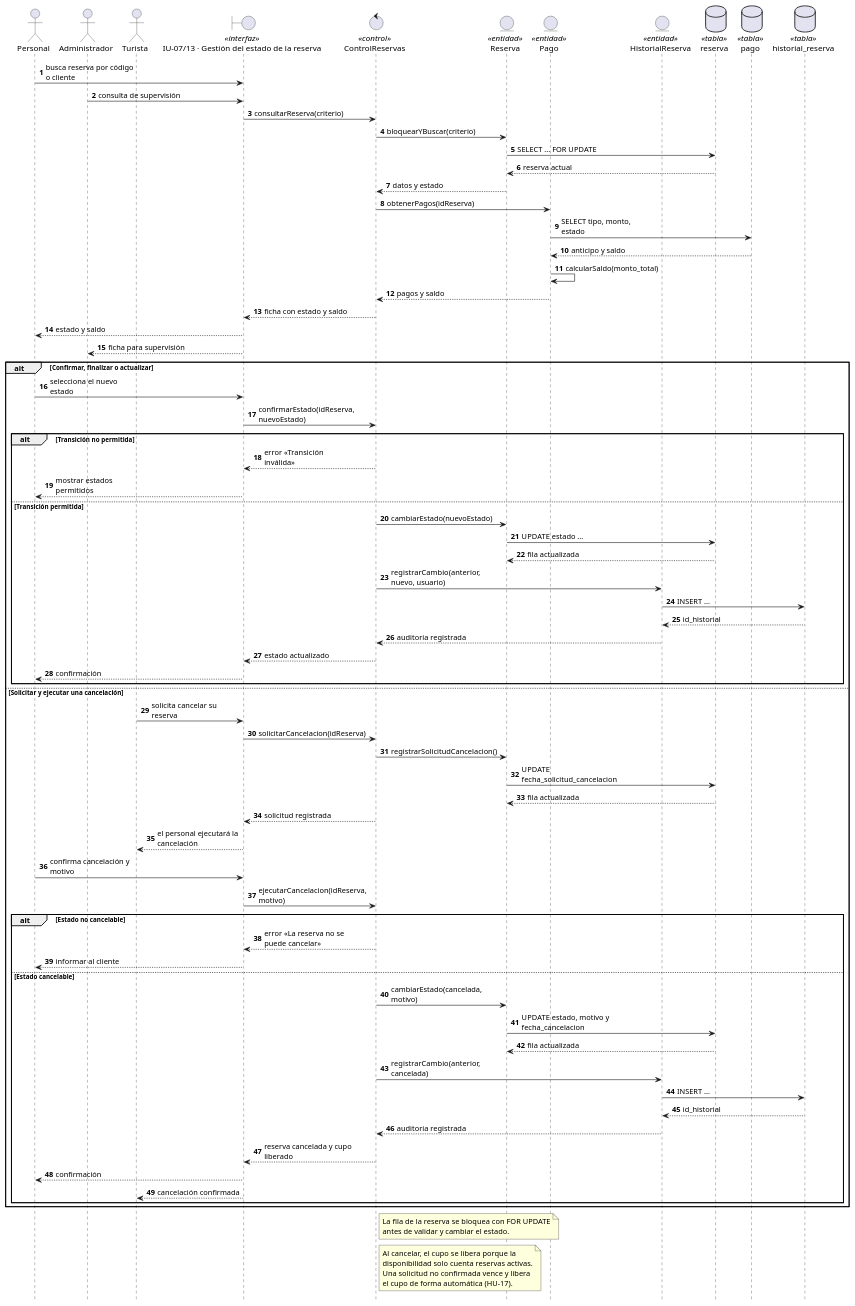
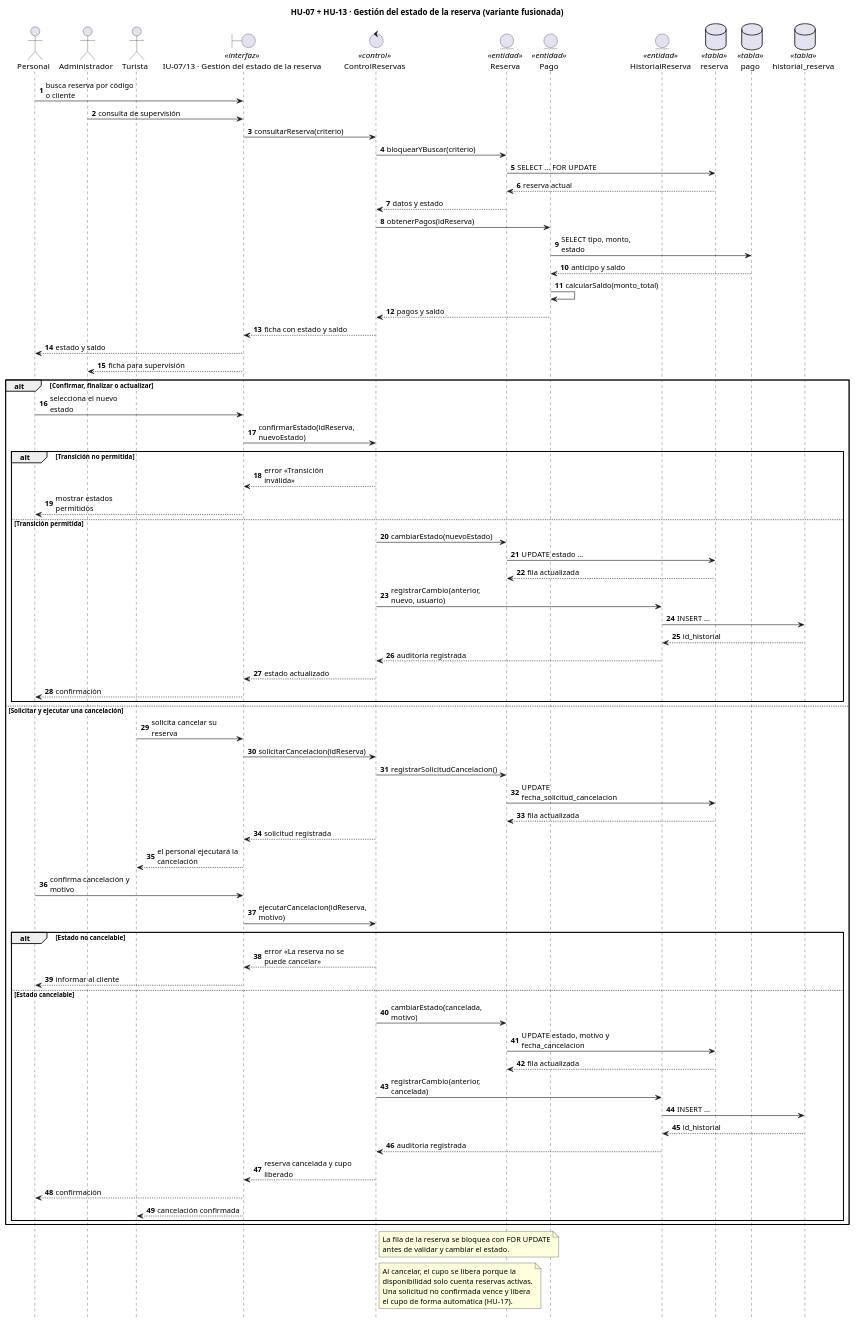
Before and after one commit to fervflow/sis-inf3-proyecto-formativo: the diagram in sistema/diagramas/uml/secuencia-fusionados/hu-07-13-gestion-estado-reserva.puml, drawn with PlantUML. The commit also changed 24 other files, not shown here.

Commit message:
feat: titulo de HU en diagramas de secuencia

```diff
--- a/sistema/diagramas/uml/secuencia-fusionados/hu-07-13-gestion-estado-reserva.puml
+++ b/sistema/diagramas/uml/secuencia-fusionados/hu-07-13-gestion-estado-reserva.puml
@@ -1,96 +1,96 @@
 @startuml
-' HU-07 + HU-13 · Gestión del estado de la reserva (variante fusionada)
+title HU-07 + HU-13 · Gestión del estado de la reserva (variante fusionada)
 ' El cliente solicita la cancelación y el personal la ejecuta. La
 ' confirmación y el vencimiento de las solicitudes también se gestionan
 ' desde aquí (HU-17).
 hide footbox
 autonumber
 skinparam maxMessageSize 160
 
 actor "Personal" as PER
 actor "Administrador" as ADM
 actor "Turista" as TUR
 boundary "IU-07/13 · Gestión del estado de la reserva" as UI <<interfaz>>
 control "ControlReservas" as CTRL <<control>>
 entity "Reserva" as E_RESERVA <<entidad>>
 entity "Pago" as E_PAGO <<entidad>>
 entity "HistorialReserva" as E_HISTORIAL <<entidad>>
 database "reserva" as T_RESERVA <<tabla>>
 database "pago" as T_PAGO <<tabla>>
 database "historial_reserva" as T_HISTORIAL <<tabla>>
 
 PER -> UI : busca reserva por código o cliente
 ADM -> UI : consulta de supervisión
 UI -> CTRL : consultarReserva(criterio)
 CTRL -> E_RESERVA : bloquearYBuscar(criterio)
 E_RESERVA -> T_RESERVA : SELECT ... FOR UPDATE
 T_RESERVA --> E_RESERVA : reserva actual
 E_RESERVA --> CTRL : datos y estado
 
 CTRL -> E_PAGO : obtenerPagos(idReserva)
 E_PAGO -> T_PAGO : SELECT tipo, monto, estado
 T_PAGO --> E_PAGO : anticipo y saldo
 E_PAGO -> E_PAGO : calcularSaldo(monto_total)
 E_PAGO --> CTRL : pagos y saldo
 CTRL --> UI : ficha con estado y saldo
 UI --> PER : estado y saldo
 UI --> ADM : ficha para supervisión
 
 alt Confirmar, finalizar o actualizar
     PER -> UI : selecciona el nuevo estado
     UI -> CTRL : confirmarEstado(idReserva, nuevoEstado)
 
     alt Transición no permitida
         CTRL --> UI : error «Transición inválida»
         UI --> PER : mostrar estados permitidos
     else Transición permitida
         CTRL -> E_RESERVA : cambiarEstado(nuevoEstado)
         E_RESERVA -> T_RESERVA : UPDATE estado ...
         T_RESERVA --> E_RESERVA : fila actualizada
         CTRL -> E_HISTORIAL : registrarCambio(anterior, nuevo, usuario)
         E_HISTORIAL -> T_HISTORIAL : INSERT ...
         T_HISTORIAL --> E_HISTORIAL : id_historial
         E_HISTORIAL --> CTRL : auditoría registrada
         CTRL --> UI : estado actualizado
         UI --> PER : confirmación
     end
 else Solicitar y ejecutar una cancelación
     TUR -> UI : solicita cancelar su reserva
     UI -> CTRL : solicitarCancelacion(idReserva)
     CTRL -> E_RESERVA : registrarSolicitudCancelacion()
     E_RESERVA -> T_RESERVA : UPDATE fecha_solicitud_cancelacion
     T_RESERVA --> E_RESERVA : fila actualizada
     CTRL --> UI : solicitud registrada
     UI --> TUR : el personal ejecutará la cancelación
 
     PER -> UI : confirma cancelación y motivo
     UI -> CTRL : ejecutarCancelacion(idReserva, motivo)
 
     alt Estado no cancelable
         CTRL --> UI : error «La reserva no se puede cancelar»
         UI --> PER : informar al cliente
     else Estado cancelable
         CTRL -> E_RESERVA : cambiarEstado(cancelada, motivo)
         E_RESERVA -> T_RESERVA : UPDATE estado, motivo y fecha_cancelacion
         T_RESERVA --> E_RESERVA : fila actualizada
         CTRL -> E_HISTORIAL : registrarCambio(anterior, cancelada)
         E_HISTORIAL -> T_HISTORIAL : INSERT ...
         T_HISTORIAL --> E_HISTORIAL : id_historial
         E_HISTORIAL --> CTRL : auditoría registrada
         CTRL --> UI : reserva cancelada y cupo liberado
         UI --> PER : confirmación
         UI --> TUR : cancelación confirmada
     end
 end
 
 note right of CTRL
     La fila de la reserva se bloquea con FOR UPDATE
     antes de validar y cambiar el estado.
 end note
 note right of CTRL
     Al cancelar, el cupo se libera porque la
     disponibilidad solo cuenta reservas activas.
     Una solicitud no confirmada vence y libera
     el cupo de forma automática (HU-17).
 end note
 @enduml
```
